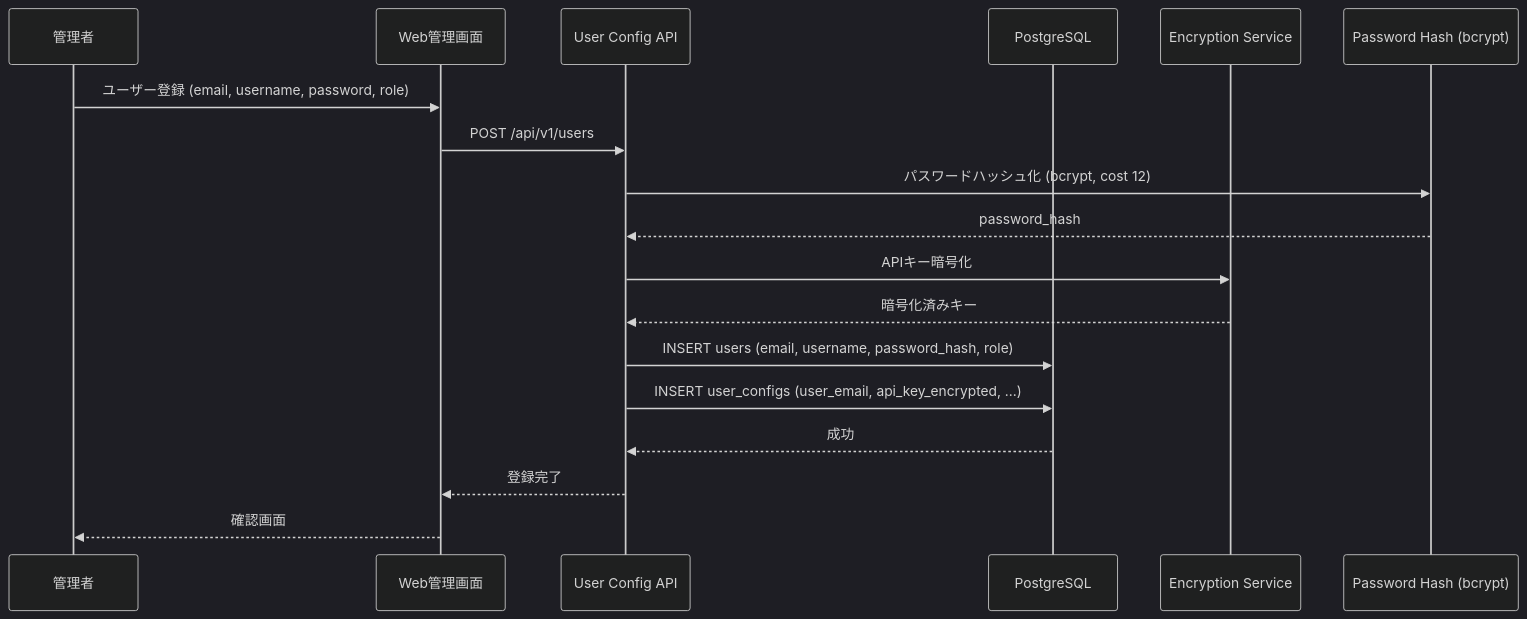
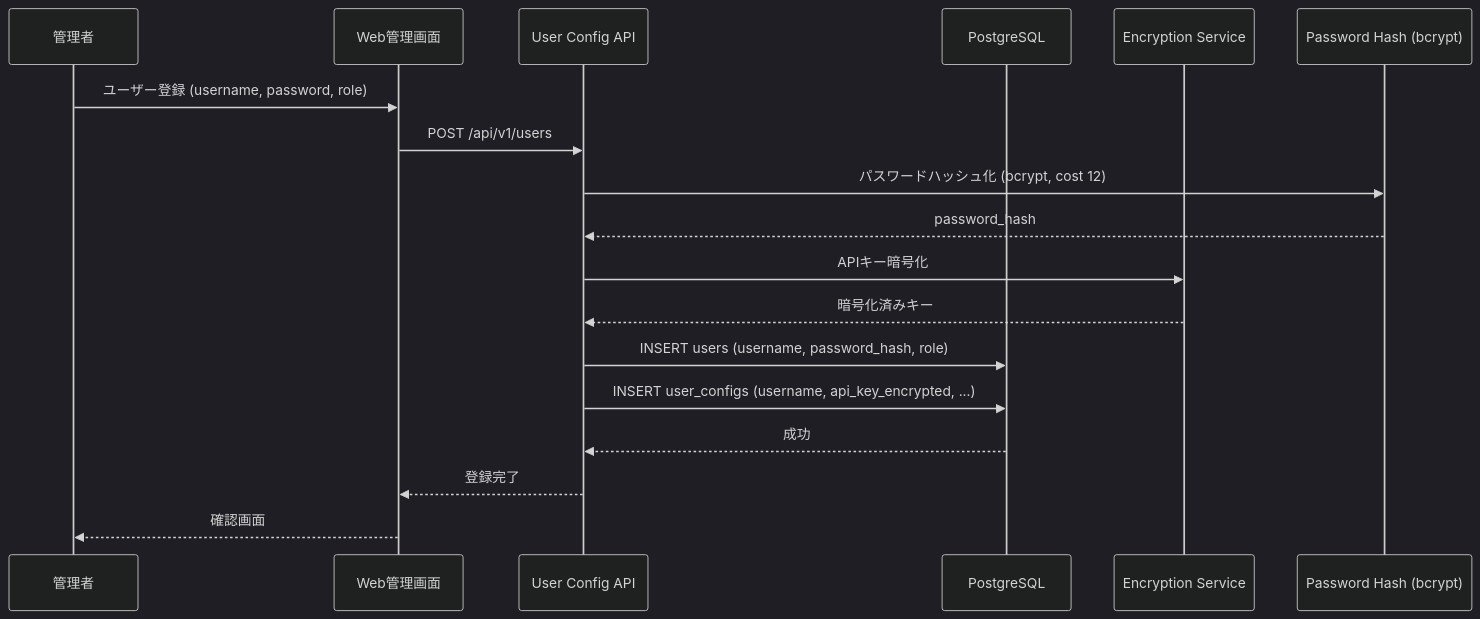
One commit to notfolder/CodeAgentOrchestrator changed the first of 3 diagrams in docs/USER_MANAGEMENT_SPEC.md. Above: the diagram before and after it, drawn with Mermaid (dark theme). The commit also changed other lines of this file and 5 other files, not shown here.

````diff
--- a/docs/USER_MANAGEMENT_SPEC.md
+++ b/docs/USER_MANAGEMENT_SPEC.md
@@ -9,21 +9,21 @@
 ```mermaid
 sequenceDiagram
     participant Admin as 管理者
     participant Web as Web管理画面
     participant API as User Config API
     participant DB as PostgreSQL
     participant Enc as Encryption Service
     participant Hash as Password Hash (bcrypt)
     
-    Admin->>Web: ユーザー登録 (email, username, password, role)
+    Admin->>Web: ユーザー登録 (username, password, role)
     Web->>API: POST /api/v1/users
     API->>Hash: パスワードハッシュ化 (bcrypt, cost 12)
     Hash-->>API: password_hash
     API->>Enc: APIキー暗号化
     Enc-->>API: 暗号化済みキー
-    API->>DB: INSERT users (email, username, password_hash, role)
-    API->>DB: INSERT user_configs (user_email, api_key_encrypted, ...)
+    API->>DB: INSERT users (username, password_hash, role)
+    API->>DB: INSERT user_configs (username, api_key_encrypted, ...)
     DB-->>API: 成功
     API-->>Web: 登録完了
     Web-->>Admin: 確認画面
 ```
````
